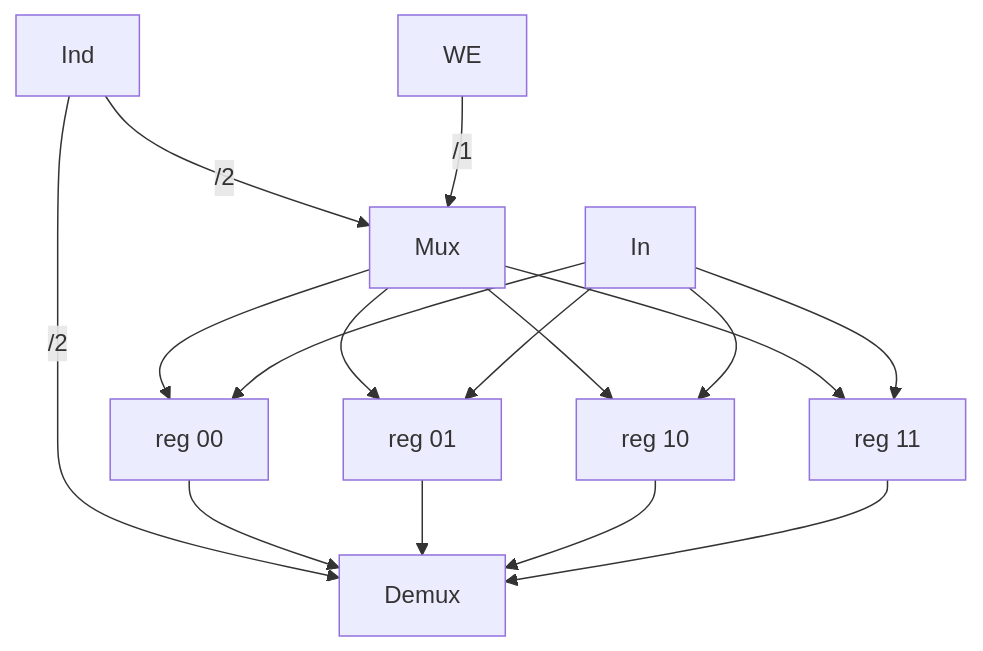
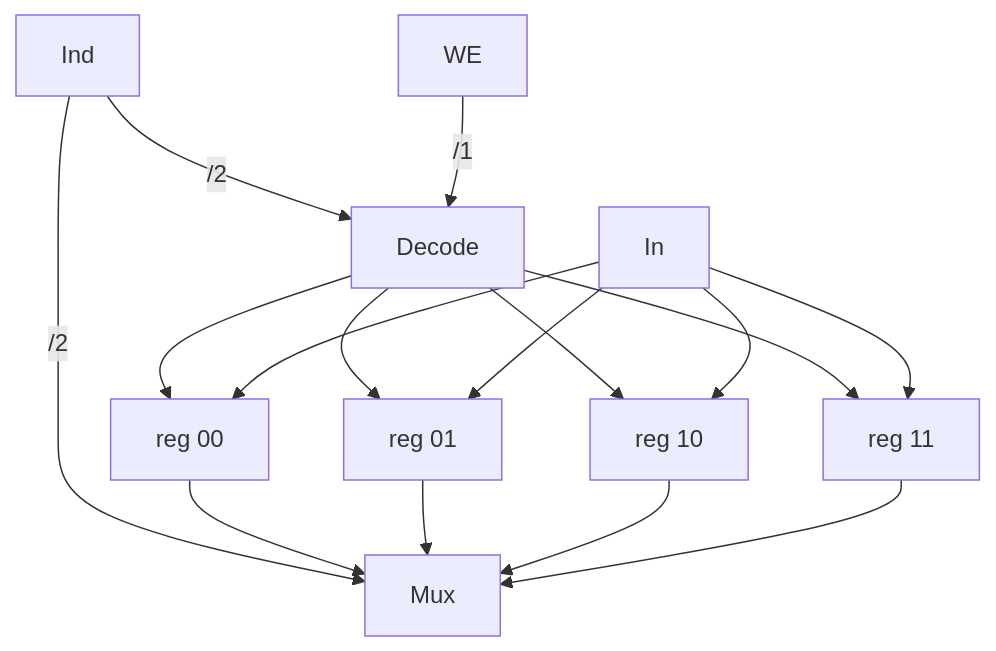
One commit to SuperSamus/appunti-universitari changed the diagram in Architettura e sistemi operativi/Processore/Memoria.md. Above: the diagram before and after it, drawn with Mermaid. The commit also changed 1 other file, not shown here.

Commit message:
vault backup: 2023-05-31 09:33:56

````diff
--- a/Architettura e sistemi operativi/Processore/Memoria.md
+++ b/Architettura e sistemi operativi/Processore/Memoria.md
@@ -24,6 +24,6 @@
 ```mermaid
 flowchart TB
-Ind --> |/2| Mux & Demux
-WE --> |/1| Mux
-Mux & In --> r1[reg 00] & r2[reg 01] & r3[reg 10] & r4[reg 11] --> Demux
+Ind --> |/2| Decode & Mux
+WE --> |/1| Decode
+Decode & In --> r1[reg 00] & r2[reg 01] & r3[reg 10] & r4[reg 11] --> Mux
 ```
````
